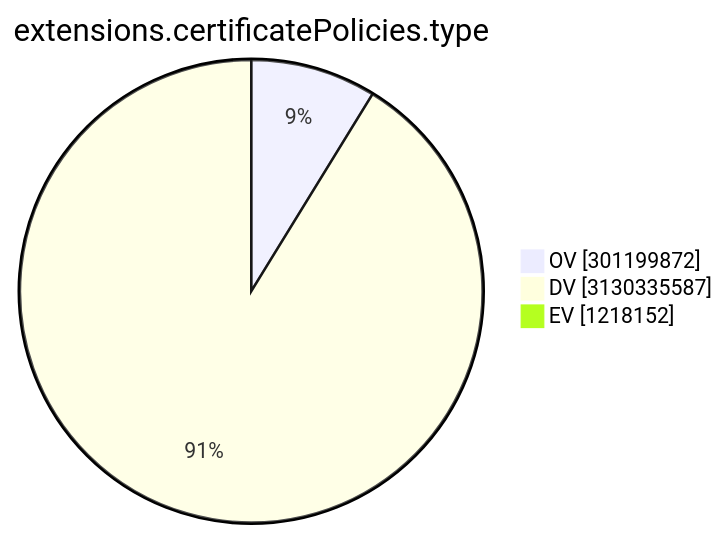
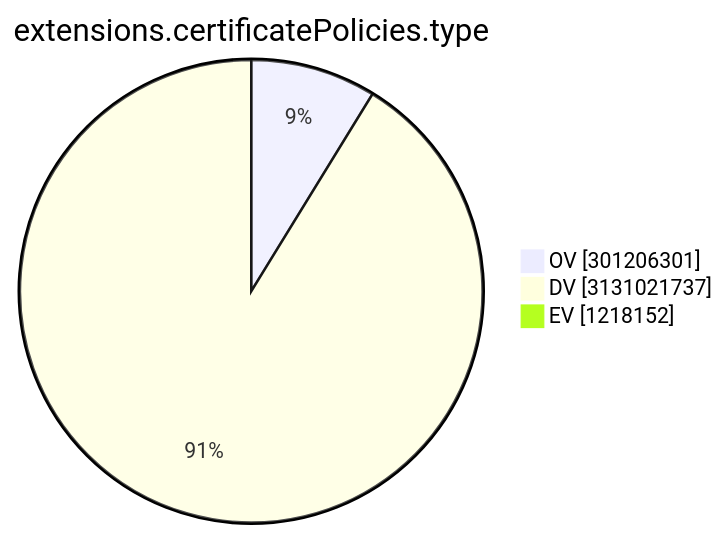
One commit to christiankrug/ctmonitor_visualization changed the ninth of 15 diagrams in TOTAL/README.md. Above: the diagram before and after it, drawn with Mermaid. The commit also changed other lines of this file, not shown here.

````diff
--- a/TOTAL/README.md
+++ b/TOTAL/README.md
@@ -3105,7 +3105,7 @@
 ```mermaid
 pie showData
 title extensions.certificatePolicies.type
-"OV" :301199872
-"DV" :3130335587
+"OV" :301206301
+"DV" :3131021737
 "EV" :1218152
 ```
````
